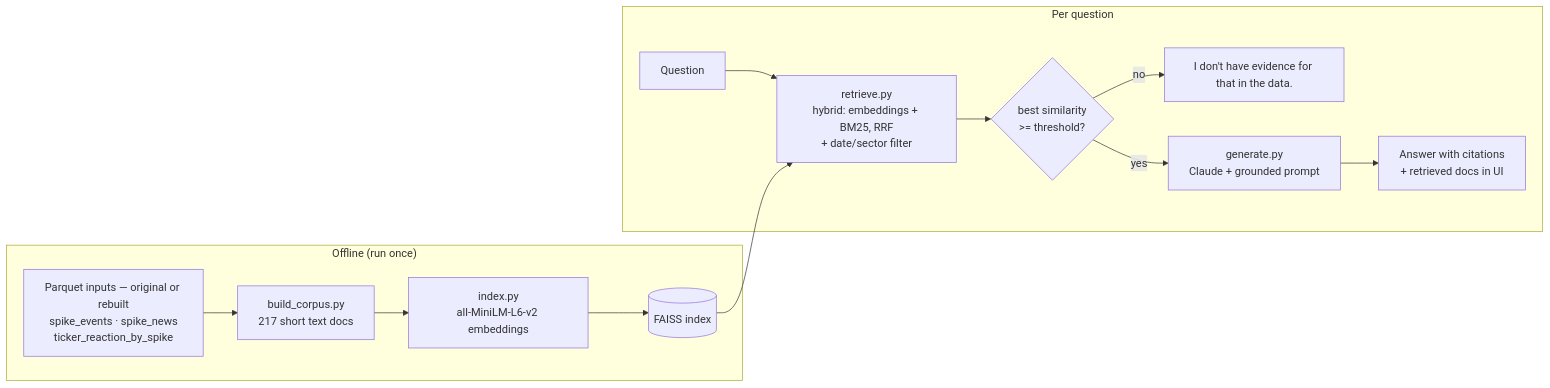
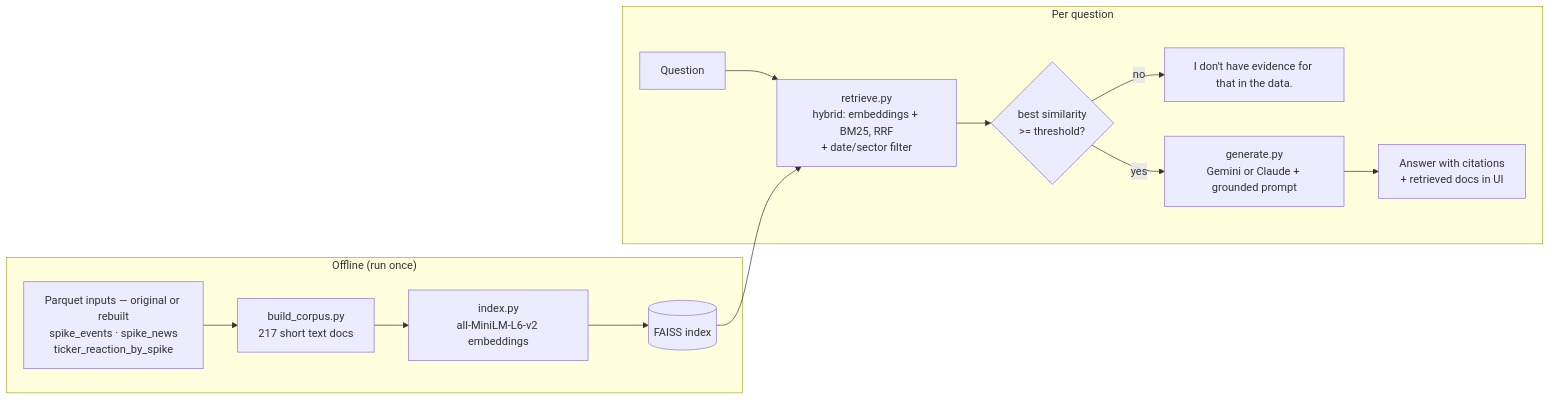
Before and after one commit to jjeong4335/gdelt-risk-platform: the diagram in README.md, drawn with Mermaid. The commit also changed other lines of this file and 1 other file, not shown here.

Commit message:
Document Gemini provider, free-tier limits and data use

````diff
--- a/README.md
+++ b/README.md
@@ -337,17 +337,17 @@
 ```mermaid
 flowchart LR
     subgraph Offline["Offline (run once)"]
         P[Parquet inputs — original or rebuilt<br/>spike_events · spike_news<br/>ticker_reaction_by_spike]
         P --> C[build_corpus.py<br/>217 short text docs]
         C --> E[index.py<br/>all-MiniLM-L6-v2 embeddings]
         E --> F[(FAISS index)]
     end
     subgraph Online["Per question"]
         Q[Question] --> R[retrieve.py<br/>hybrid: embeddings + BM25, RRF<br/>+ date/sector filter]
         F --> R
         R --> G{best similarity<br/>>= threshold?}
         G -- no --> X["I don't have evidence for that in the data."]
-        G -- yes --> L[generate.py<br/>Claude + grounded prompt]
+        G -- yes --> L[generate.py<br/>Gemini or Claude + grounded prompt]
         L --> A[Answer with citations<br/>+ retrieved docs in UI]
     end
 ```
````
